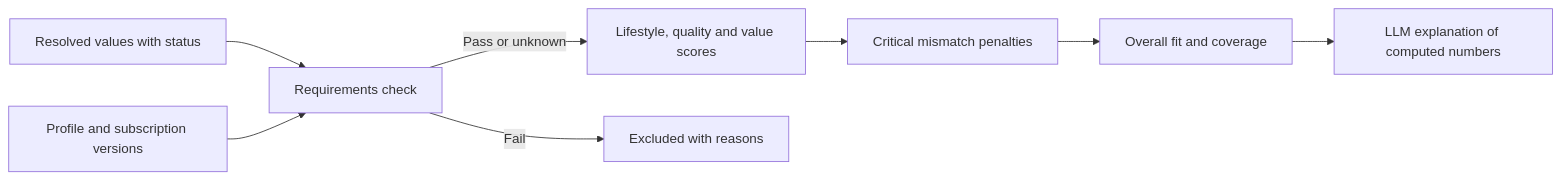
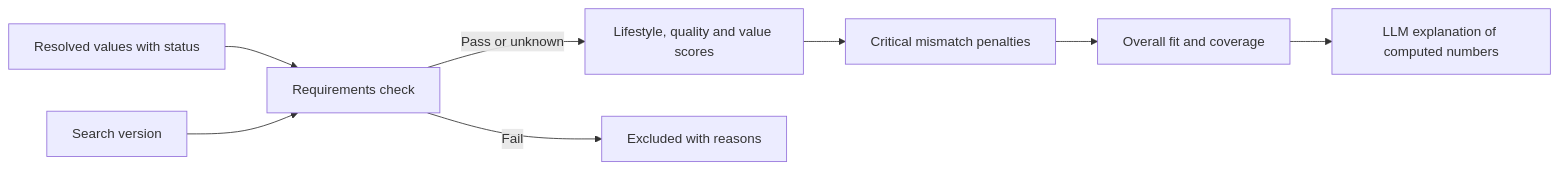
Before and after one commit to robsgreen/property-focus: diagram 21 of 30 in specs/property-focus/master-plan.md, drawn with Mermaid. The commit also changed other lines of this file and 1 other file, not shown here.

````diff
--- a/specs/property-focus/master-plan.md
+++ b/specs/property-focus/master-plan.md
@@ -456,10 +498,10 @@
 ```mermaid
 flowchart LR
     Facts[Resolved values with status] --> Req[Requirements check]
-    Inputs[Profile and subscription versions] --> Req
+    Inputs[Search version] --> Req
     Req -->|Pass or unknown| Dims[Lifestyle, quality and value scores]
     Req -->|Fail| Excluded[Excluded with reasons]
     Dims --> Pen[Critical mismatch penalties]
     Pen --> Overall[Overall fit and coverage]
     Overall --> Explain[LLM explanation of computed numbers]
 ```
````
